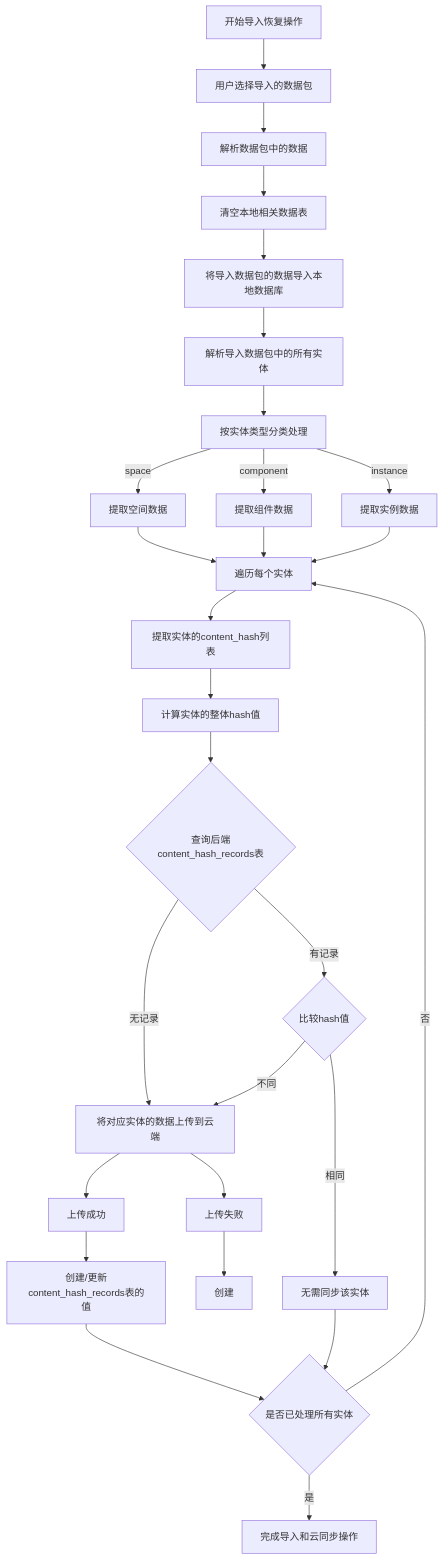
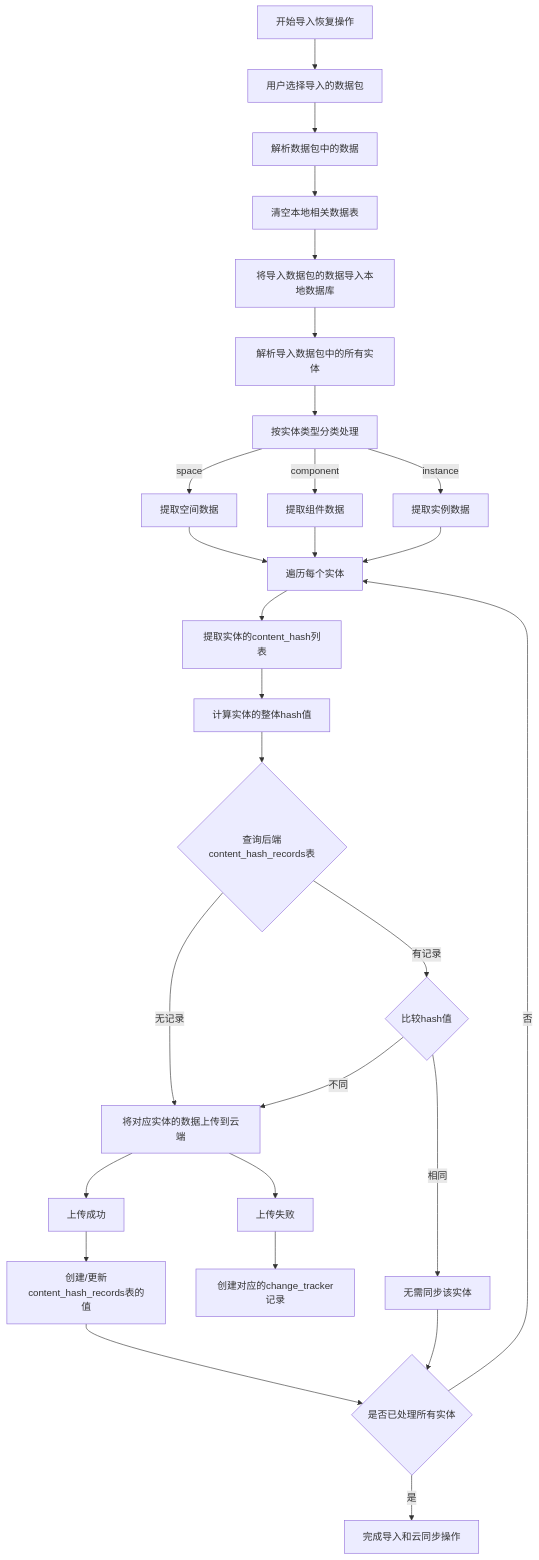
Before and after one commit to yingjianzh/iodraw-files: the diagram in all/未命名-44.md, drawn with Mermaid.

Commit message:
2025-04-27 11:59:13 update

````diff
--- a/all/未命名-44.md
+++ b/all/未命名-44.md
@@ -1,42 +1,43 @@
 ```mermaid
 flowchart TD
     A[开始导入恢复操作] --> B[用户选择导入的数据包]
     B --> C[解析数据包中的数据]
     
     C --> D[清空本地相关数据表]
     D --> E[将导入数据包的数据导入本地数据库]
     
     E --> F[解析导入数据包中的所有实体]
     F --> G[按实体类型分类处理]
     
     G -->|space| H1[提取空间数据]
     G -->|component| H2[提取组件数据]
     G -->|instance| H3[提取实例数据]
     
     H1 --> I[遍历每个实体]
     H2 --> I
     H3 --> I
     
     I --> J[提取实体的content_hash列表]
     J --> K[计算实体的整体hash值]
     
     K --> L{查询后端content_hash_records表}
     L -->|无记录| M1[将对应实体的数据上传到云端]
     M1 --> N1[上传成功]
     M1 --> N2[上传失败]
     
-    N2 --> N3[创建]
+    N2 --> N3[创建对应的change_tracker记录]
+    
     N1 --> M4[创建/更新content_hash_records表的值]
 
     L -->|有记录| M2{比较hash值}
     M2 -->|不同| M1
 
     M2 -->|相同| M3[无需同步该实体]
     
     
     M3 --> S{是否已处理所有实体}
     M4 --> S{是否已处理所有实体}
     
     S -->|否| I
     S -->|是| T[完成导入和云同步操作]
 ```
````
